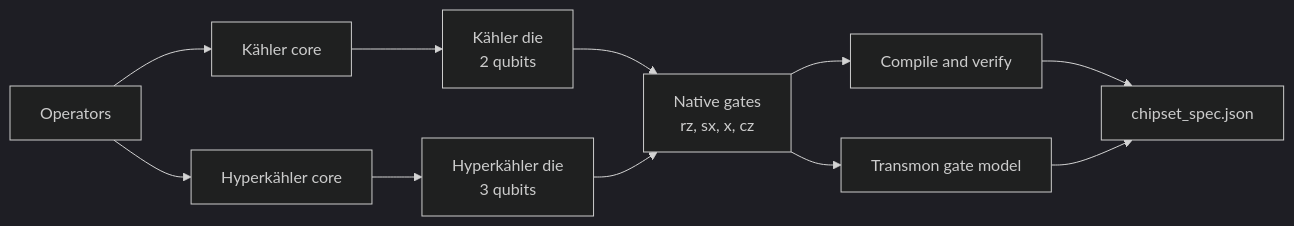
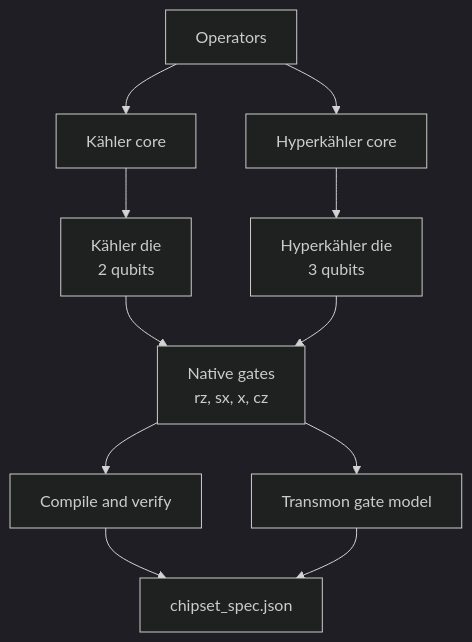
Before and after one commit to subunidades/kahler-hyperkahler-chipset: the diagram in README.md, drawn with Mermaid (dark theme).

Commit message:
Update flowchart direction in README.md

````diff
--- a/README.md
+++ b/README.md
@@ -14,13 +14,13 @@
 ```mermaid
-flowchart LR
+flowchart TD
     A["Operators"] --> B["Kähler core"]
     A --> C["Hyperkähler core"]
     B --> D["Kähler die<br/>2 qubits"]
     C --> E["Hyperkähler die<br/>3 qubits"]
     D --> F["Native gates<br/>rz, sx, x, cz"]
     E --> F
     F --> G["Compile and verify"]
     F --> H["Transmon gate model"]
     G --> I["chipset_spec.json"]
     H --> I
 ```
````
